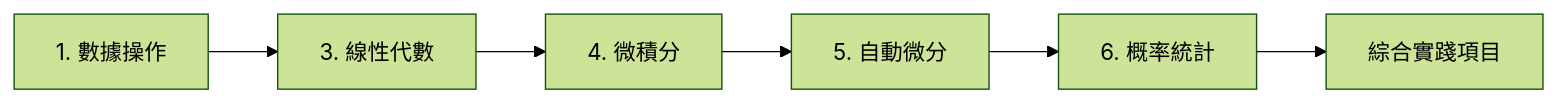
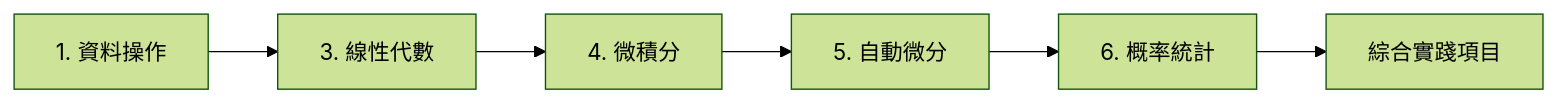
The second of 2 diagrams in 1.從AI到LLM基礎/4.DL/00.DL_Path/2_預備知識/README.md (markl-a/My-AI-Learning-Notes), drawn with Mermaid (forest theme) before and after one commit. The commit also changed other lines of this file and 273 other files, not shown here.

````diff
--- a/1.從AI到LLM基礎/4.DL/00.DL_Path/2_預備知識/README.md
+++ b/1.從AI到LLM基礎/4.DL/00.DL_Path/2_預備知識/README.md
@@ -55,8 +55,8 @@
 ```mermaid
 graph LR
-    A[1. 數據操作] --> B[3. 線性代數]
+    A[1. 資料操作] --> B[3. 線性代數]
     B --> C[4. 微積分]
     C --> D[5. 自動微分]
     D --> E[6. 概率統計]
     E --> F[綜合實踐項目]
 ```
````
